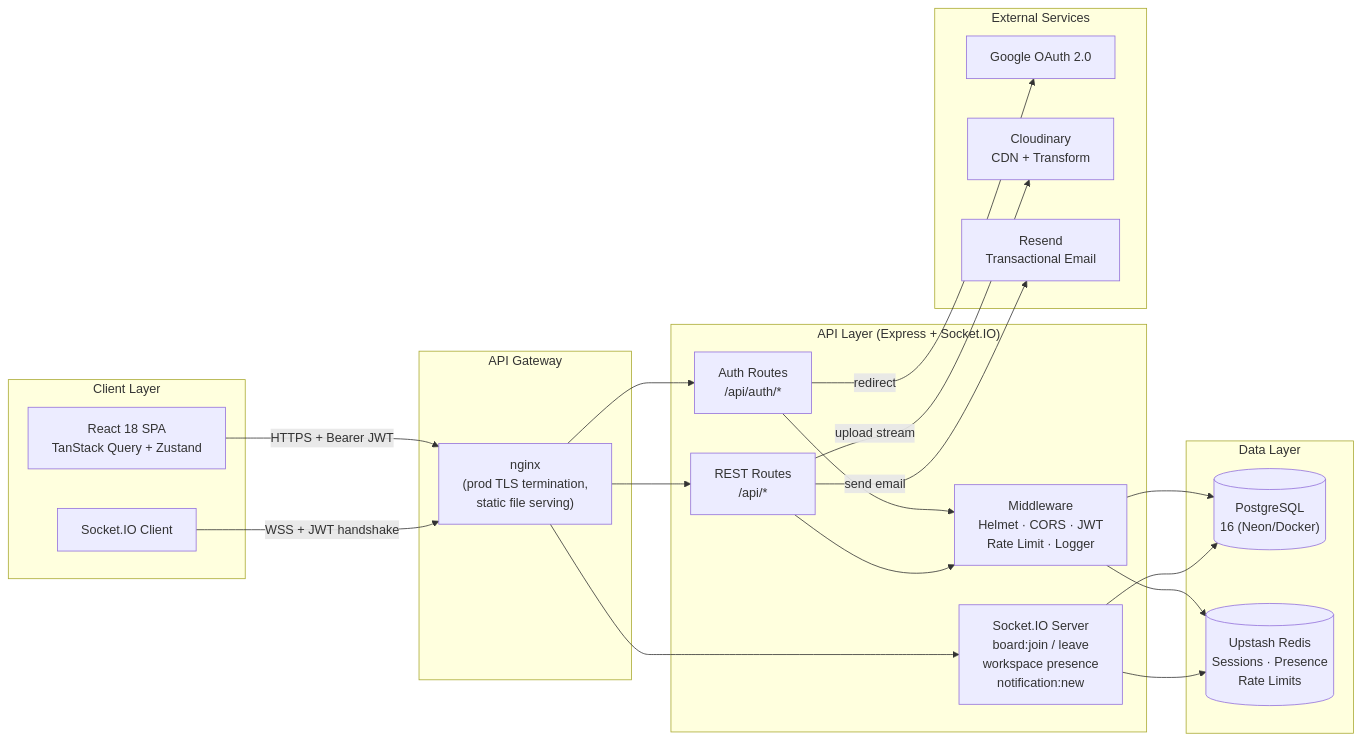
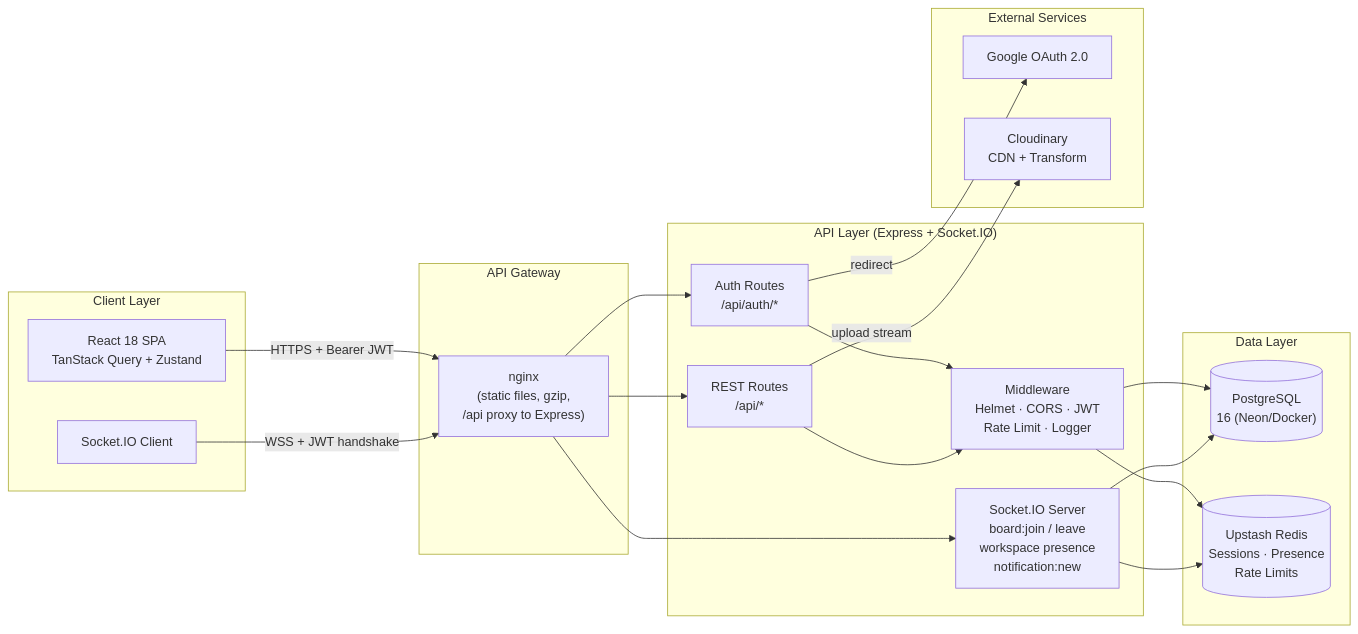
Before and after one commit to yuvrajsatyapal/FlowBoard: the second of 7 diagrams in README.md, drawn with Mermaid. The commit also changed other lines of this file and 2 other files, not shown here.

````diff
--- a/README.md
+++ b/README.md
@@ -288,44 +285,42 @@
 ```mermaid
 flowchart LR
     subgraph Client["Client Layer"]
         SPA["React 18 SPA\nTanStack Query + Zustand"]
         WS_Client["Socket.IO Client"]
     end
 
     subgraph Gateway["API Gateway"]
-        Nginx["nginx\n(prod TLS termination,\nstatic file serving)"]
+        Nginx["nginx\n(static files, gzip,\n/api proxy to Express)"]
     end
 
     subgraph API["API Layer (Express + Socket.IO)"]
         Auth["Auth Routes\n/api/auth/*"]
         REST["REST Routes\n/api/*"]
         SocketSrv["Socket.IO Server\nboard:join / leave\nworkspace presence\nnotification:new"]
         Middleware["Middleware\nHelmet · CORS · JWT\nRate Limit · Logger"]
     end
 
     subgraph Data["Data Layer"]
         PG[("PostgreSQL\n16 (Neon/Docker)")]
         Redis[("Upstash Redis\nSessions · Presence\nRate Limits")]
     end
 
     subgraph External["External Services"]
         GoogleOAuth["Google OAuth 2.0"]
         CloudinarySvc["Cloudinary\nCDN + Transform"]
-        ResendSvc["Resend\nTransactional Email"]
     end
 
     SPA -->|HTTPS + Bearer JWT| Nginx
     WS_Client -->|WSS + JWT handshake| Nginx
     Nginx --> Auth
     Nginx --> REST
     Nginx --> SocketSrv
     Auth --> Middleware
     REST --> Middleware
     Middleware --> PG
     Middleware --> Redis
     SocketSrv --> Redis
     SocketSrv --> PG
     Auth -->|redirect| GoogleOAuth
     REST -->|upload stream| CloudinarySvc
-    REST -->|send email| ResendSvc
 ```
````
